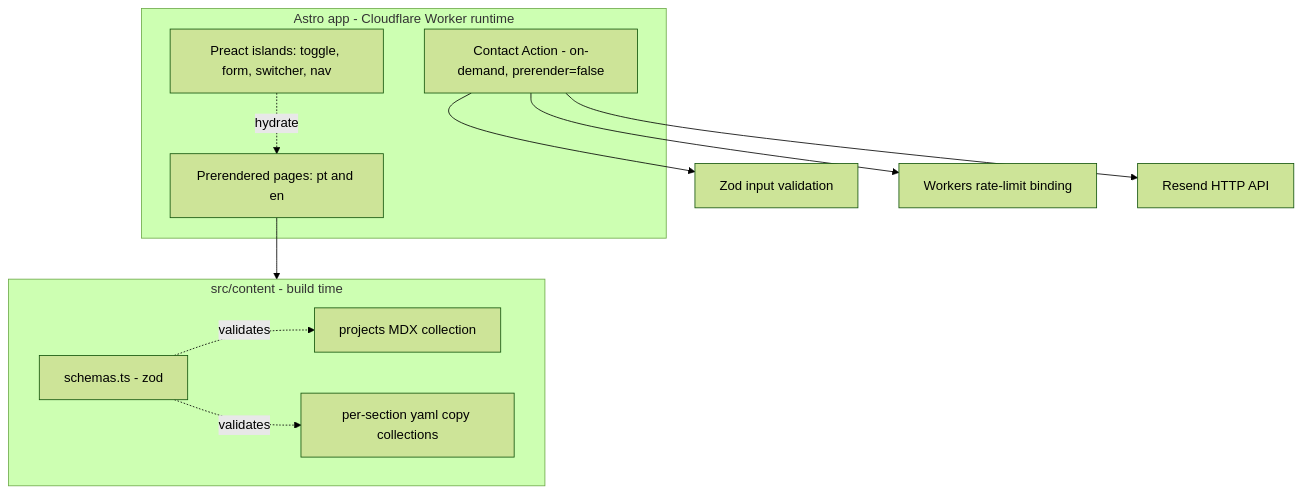
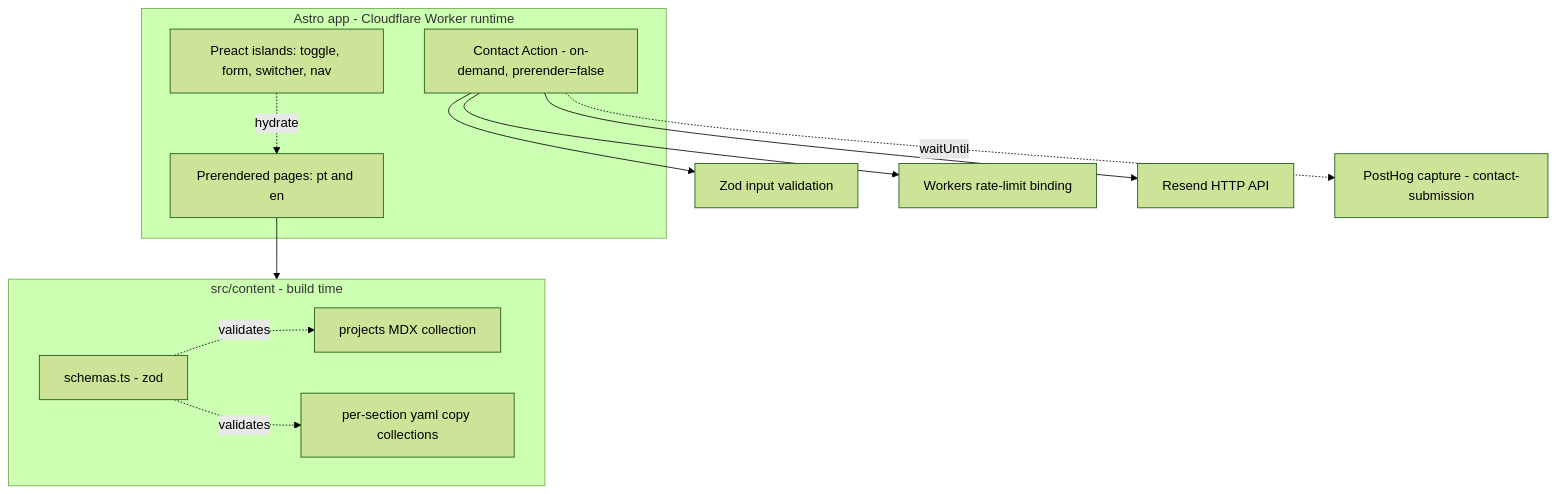
One commit to adeonir/adeonir.dev changed the first of 3 diagrams in docs/tech/design.md. Above: the diagram before and after it, drawn with Mermaid (forest theme). The commit also changed other lines of this file, not shown here.

````diff
--- a/docs/tech/design.md
+++ b/docs/tech/design.md
@@ -72,20 +73,21 @@
 ```mermaid
 flowchart TD
   subgraph App[Astro app - Cloudflare Worker runtime]
     Pages[Prerendered pages: pt and en]
     Action[Contact Action - on-demand, prerender=false]
     Islands[Preact islands: toggle, form, switcher, nav]
   end
   subgraph Content[src/content - build time]
     MDX[projects MDX collection]
     Copy[per-section yaml copy collections]
     Schemas[schemas.ts - zod]
   end
   Pages --> Content
   Schemas -. validates .-> MDX
   Schemas -. validates .-> Copy
   Islands -. hydrate .-> Pages
   Action --> Zod[Zod input validation]
   Action --> RL[Workers rate-limit binding]
   Action --> Resend[Resend HTTP API]
+  Action -. waitUntil .-> PostHog[PostHog capture - contact-submission]
 ```
````
